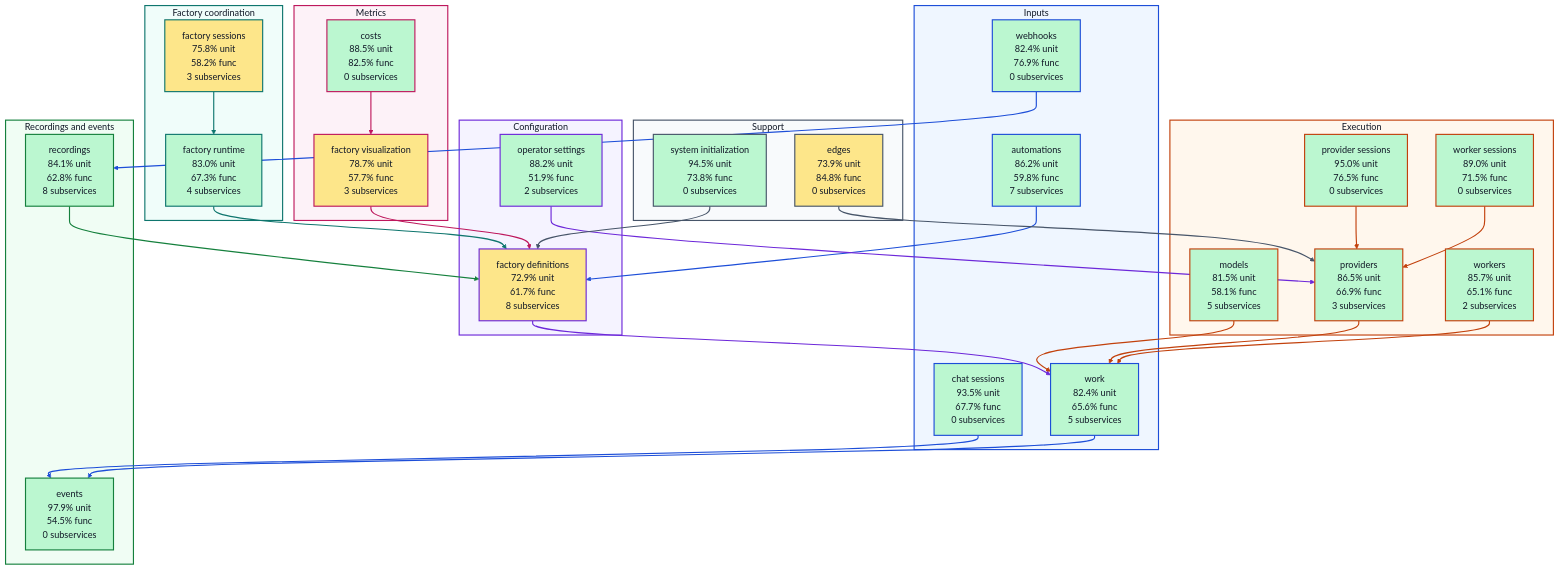
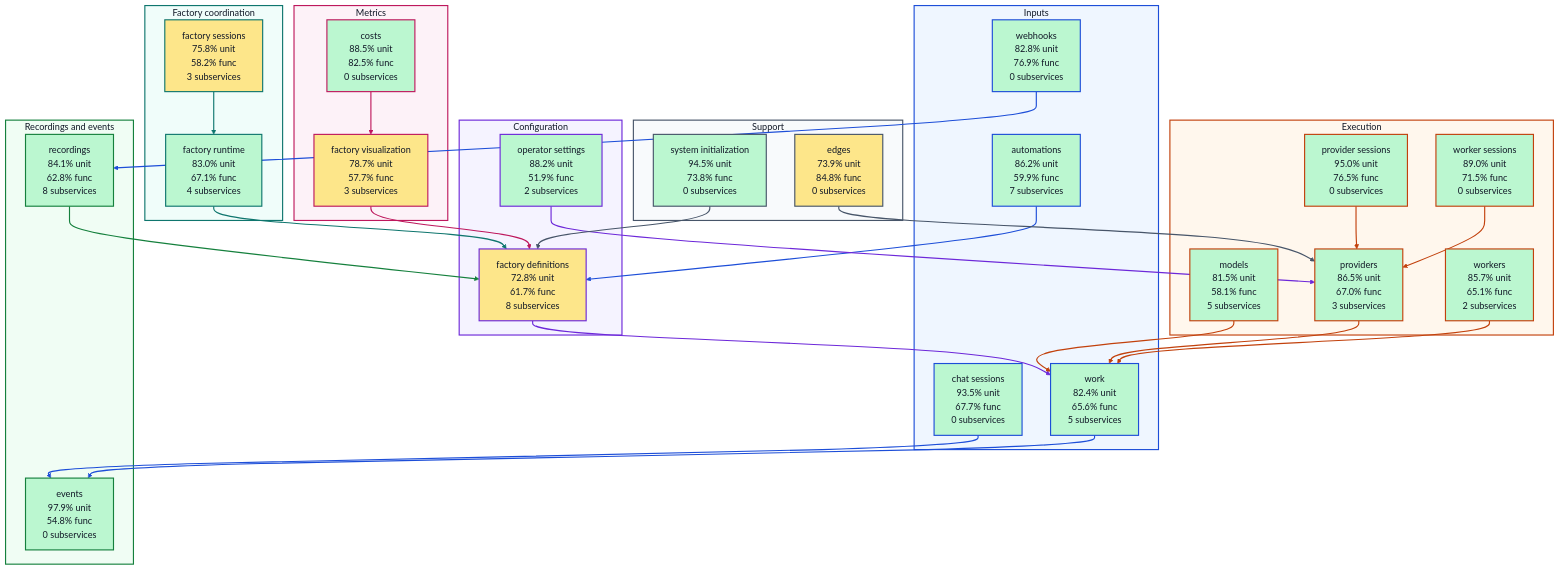
One commit to portpowered/you-agent-factory changed the diagram in docs/architecture/visualizations/high-level-test-coverage.md. Above: the diagram before and after it, drawn with Mermaid. The commit also changed other lines of this file and 19 other files, not shown here.

Commit message:
docs: refresh backend architecture visualizations

````diff
--- a/docs/architecture/visualizations/high-level-test-coverage.md
+++ b/docs/architecture/visualizations/high-level-test-coverage.md
@@ -11,28 +11,28 @@
 ```mermaid
 flowchart TB
   subgraph input["Inputs"]
-    s_services_automations["automations<br/>86.2% unit<br/>59.8% func<br/>7 subservices"]
+    s_services_automations["automations<br/>86.2% unit<br/>59.9% func<br/>7 subservices"]
     s_services_chat_sessions["chat sessions<br/>93.5% unit<br/>67.7% func<br/>0 subservices"]
-    s_services_webhooks["webhooks<br/>82.4% unit<br/>76.9% func<br/>0 subservices"]
+    s_services_webhooks["webhooks<br/>82.8% unit<br/>76.9% func<br/>0 subservices"]
     s_services_work["work<br/>82.4% unit<br/>65.6% func<br/>5 subservices"]
   end
   subgraph configuration["Configuration"]
-    s_services_factory_definitions["factory definitions<br/>72.9% unit<br/>61.7% func<br/>8 subservices"]
+    s_services_factory_definitions["factory definitions<br/>72.8% unit<br/>61.7% func<br/>8 subservices"]
     s_services_operator_settings["operator settings<br/>88.2% unit<br/>51.9% func<br/>2 subservices"]
   end
   subgraph coordination["Factory coordination"]
-    s_services_factory_runtime["factory runtime<br/>83.0% unit<br/>67.3% func<br/>4 subservices"]
+    s_services_factory_runtime["factory runtime<br/>83.0% unit<br/>67.1% func<br/>4 subservices"]
     s_services_factory_sessions["factory sessions<br/>75.8% unit<br/>58.2% func<br/>3 subservices"]
   end
   subgraph execution["Execution"]
     s_services_models["models<br/>81.5% unit<br/>58.1% func<br/>5 subservices"]
     s_services_provider_sessions["provider sessions<br/>95.0% unit<br/>76.5% func<br/>0 subservices"]
-    s_services_providers["providers<br/>86.5% unit<br/>66.9% func<br/>3 subservices"]
+    s_services_providers["providers<br/>86.5% unit<br/>67.0% func<br/>3 subservices"]
     s_services_worker_sessions["worker sessions<br/>89.0% unit<br/>71.5% func<br/>0 subservices"]
     s_services_workers["workers<br/>85.7% unit<br/>65.1% func<br/>2 subservices"]
   end
   subgraph recordings["Recordings and events"]
-    s_services_events["events<br/>97.9% unit<br/>54.5% func<br/>0 subservices"]
+    s_services_events["events<br/>97.9% unit<br/>54.8% func<br/>0 subservices"]
     s_services_recordings["recordings<br/>84.1% unit<br/>62.8% func<br/>8 subservices"]
   end
   subgraph metrics["Metrics"]
````
